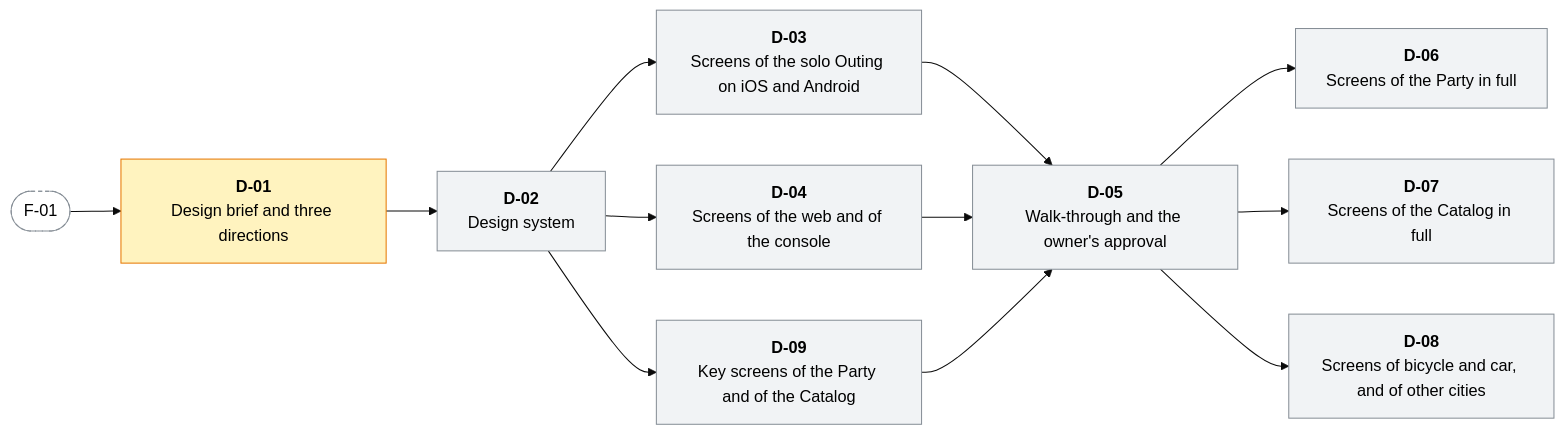
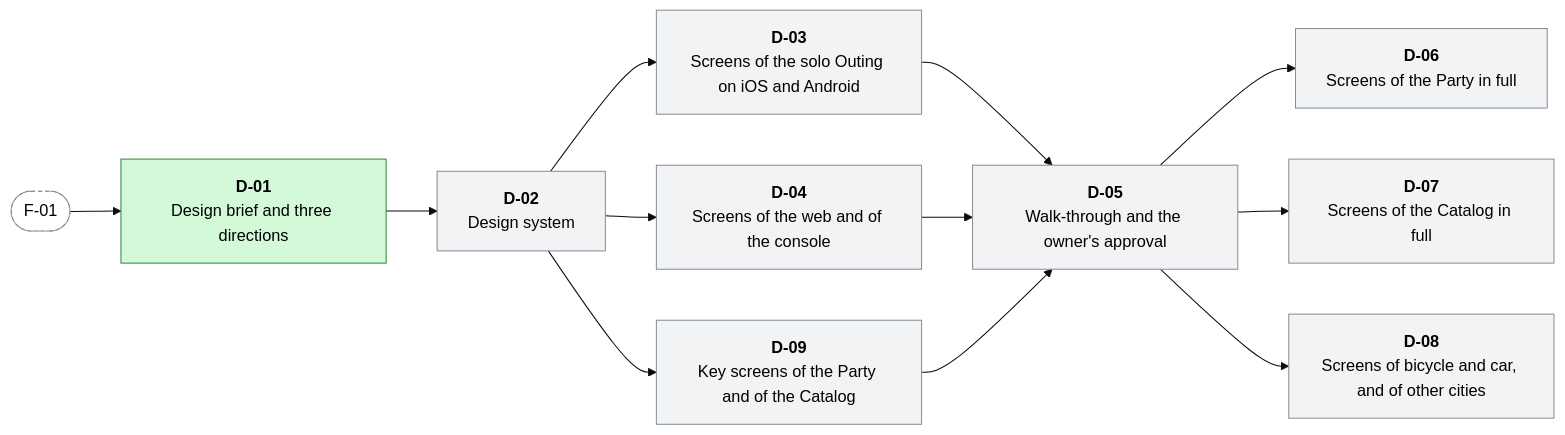
Before and after one commit to menisika/Smart-Tour-Guide-and-Itinerary-Planner: the second of 17 diagrams in docs/WORK-PLAN.md, drawn with Mermaid (base theme). The commit also changed other lines of this file and 1 other file, not shown here.

First line of the commit message:
docs(design): close the design brief package on the owner's acceptance

````diff
--- a/docs/WORK-PLAN.md
+++ b/docs/WORK-PLAN.md
@@ -272,29 +272,29 @@
 ```mermaid
 flowchart LR
   classDef done fill:#d3f9d8,stroke:#2b8a3e,color:#000
   classDef progress fill:#fff3bf,stroke:#e67700,color:#000
   classDef blocked fill:#ffe3e3,stroke:#c92a2a,color:#000
   classDef todo fill:#f1f3f5,stroke:#868e96,color:#000
   classDef outside fill:#ffffff,stroke:#868e96,stroke-dasharray:4 3,color:#000
-  D_01["<b>D-01</b><br/>Design brief and three directions"]:::progress
+  D_01["<b>D-01</b><br/>Design brief and three directions"]:::done
   D_02["<b>D-02</b><br/>Design system"]:::todo
   D_03["<b>D-03</b><br/>Screens of the solo Outing on iOS and Android"]:::todo
   D_04["<b>D-04</b><br/>Screens of the web and of the console"]:::todo
   D_09["<b>D-09</b><br/>Key screens of the Party and of the Catalog"]:::todo
   D_05["<b>D-05</b><br/>Walk-through and the owner's approval"]:::todo
   D_06["<b>D-06</b><br/>Screens of the Party in full"]:::todo
   D_07["<b>D-07</b><br/>Screens of the Catalog in full"]:::todo
   D_08["<b>D-08</b><br/>Screens of bicycle and car, and of other cities"]:::todo
   F_01(["F-01"]):::outside
   F_01 --> D_01
   D_01 --> D_02
   D_02 --> D_03
   D_02 --> D_04
   D_02 --> D_09
   D_03 --> D_05
   D_04 --> D_05
   D_09 --> D_05
   D_05 --> D_06
   D_05 --> D_07
   D_05 --> D_08
 ```
````
